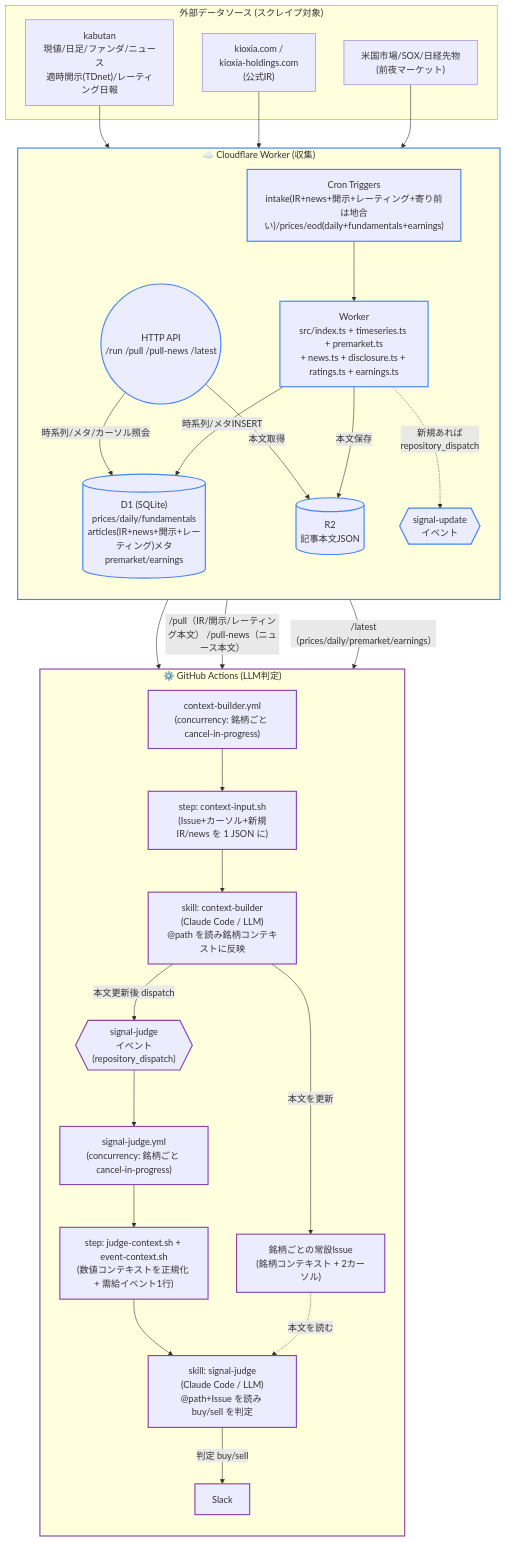
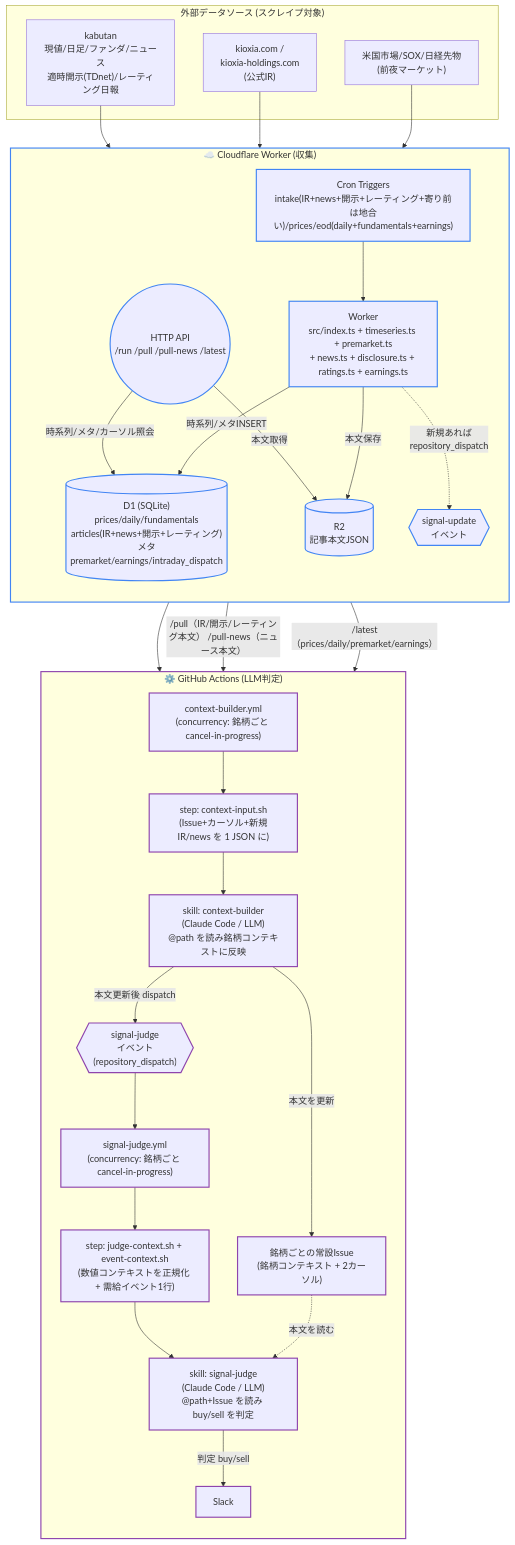
One commit to omni-stove/stock-signals changed the first of 2 diagrams in README.md. Above: the diagram before and after it, drawn with Mermaid. The commit also changed other lines of this file and 3 other files, not shown here.

````diff
--- a/README.md
+++ b/README.md
@@ -34,57 +34,57 @@
 ```mermaid
 flowchart TB
     subgraph EXT["外部データソース (スクレイプ対象)"]
         KABUTAN["kabutan<br/>現値/日足/ファンダ/ニュース<br/>適時開示(TDnet)/レーティング日報"]
         KIOXIA["kioxia.com /<br/>kioxia-holdings.com<br/>(公式IR)"]
         MARKET["米国市場/SOX/日経先物<br/>(前夜マーケット)"]
     end
 
     subgraph CLOUD["☁️ Cloudflare Worker (収集)"]
         direction TB
         CRON_CF["Cron Triggers<br/>intake(IR+news+開示+レーティング+寄り前は地合い)/prices/eod(daily+fundamentals+earnings)"]
         WORKER["Worker<br/>src/index.ts + timeseries.ts + premarket.ts<br/>+ news.ts + disclosure.ts + ratings.ts + earnings.ts"]
-        D1[("D1 (SQLite)<br/>prices/daily/fundamentals<br/>articles(IR+news+開示+レーティング)メタ<br/>premarket/earnings")]
+        D1[("D1 (SQLite)<br/>prices/daily/fundamentals<br/>articles(IR+news+開示+レーティング)メタ<br/>premarket/earnings/intraday_dispatch")]
         R2[("R2<br/>記事本文JSON")]
         API((HTTP API<br/>/run /pull /pull-news /latest))
         CRON_CF --> WORKER
         WORKER -->|時系列/メタINSERT| D1
         WORKER -->|本文保存| R2
         API -->|時系列/メタ/カーソル照会| D1
         API -->|本文取得| R2
         WORKER -.->|新規あれば<br/>repository_dispatch| DISPATCH{{"signal-update<br/>イベント"}}
     end
 
     subgraph GHA["⚙️ GitHub Actions (LLM判定)"]
         direction TB
         CTXWF["context-builder.yml<br/>(concurrency: 銘柄ごと cancel-in-progress)"]
         CTXIN["step: context-input.sh<br/>(Issue+カーソル+新規IR/news を 1 JSON に)"]
         CTXSKILL["skill: context-builder<br/>(Claude Code / LLM)<br/>@path を読み銘柄コンテキストに反映"]
         JUDGEDISP{{"signal-judge<br/>イベント<br/>(repository_dispatch)"}}
         JUDGEWF["signal-judge.yml<br/>(concurrency: 銘柄ごと cancel-in-progress)"]
         JUDGECTX["step: judge-context.sh + event-context.sh<br/>(数値コンテキストを正規化 + 需給イベント1行)"]
         JUDGESKILL["skill: signal-judge<br/>(Claude Code / LLM)<br/>@path+Issue を読み buy/sell を判定"]
         ISSUE["銘柄ごとの常設Issue<br/>(銘柄コンテキスト + 2カーソル)"]
         SLACK["Slack"]
         CTXWF --> CTXIN --> CTXSKILL -->|本文を更新| ISSUE
         CTXSKILL -->|本文更新後 dispatch| JUDGEDISP --> JUDGEWF --> JUDGECTX --> JUDGESKILL
         ISSUE -.->|本文を読む| JUDGESKILL
         JUDGESKILL -->|判定 buy/sell| SLACK
     end
 
     %% 外部 → 収集
     KABUTAN --> WORKER
     KIOXIA --> WORKER
     MARKET --> WORKER
 
     %% Worker → Actions
     DISPATCH --> CTXWF
 
     %% Actions → Worker (材料引きは workflow step が代行し skill へ @path で渡す)
     API -->|/pull（IR/開示/レーティング本文） /pull-news（ニュース本文）| CTXIN
     API -->|/latest（prices/daily/premarket/earnings）| JUDGECTX
 
     classDef cloud stroke:#4285f4,stroke-width:2px
     classDef gha stroke:#8e44ad,stroke-width:2px
     class CLOUD,CRON_CF,WORKER,D1,R2,API,DISPATCH cloud
     class GHA,CTXWF,CTXIN,CTXSKILL,JUDGEDISP,JUDGEWF,JUDGECTX,JUDGESKILL,ISSUE,SLACK gha
 ```
````
